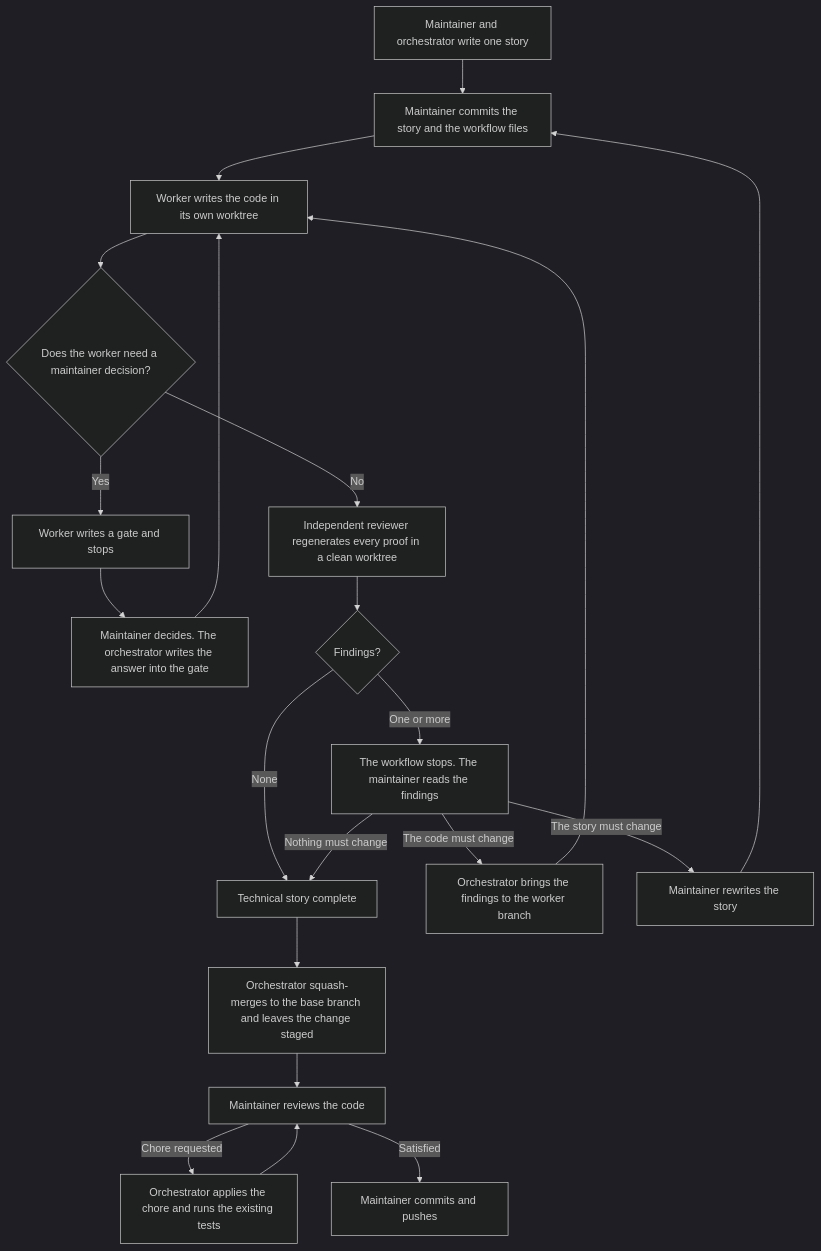
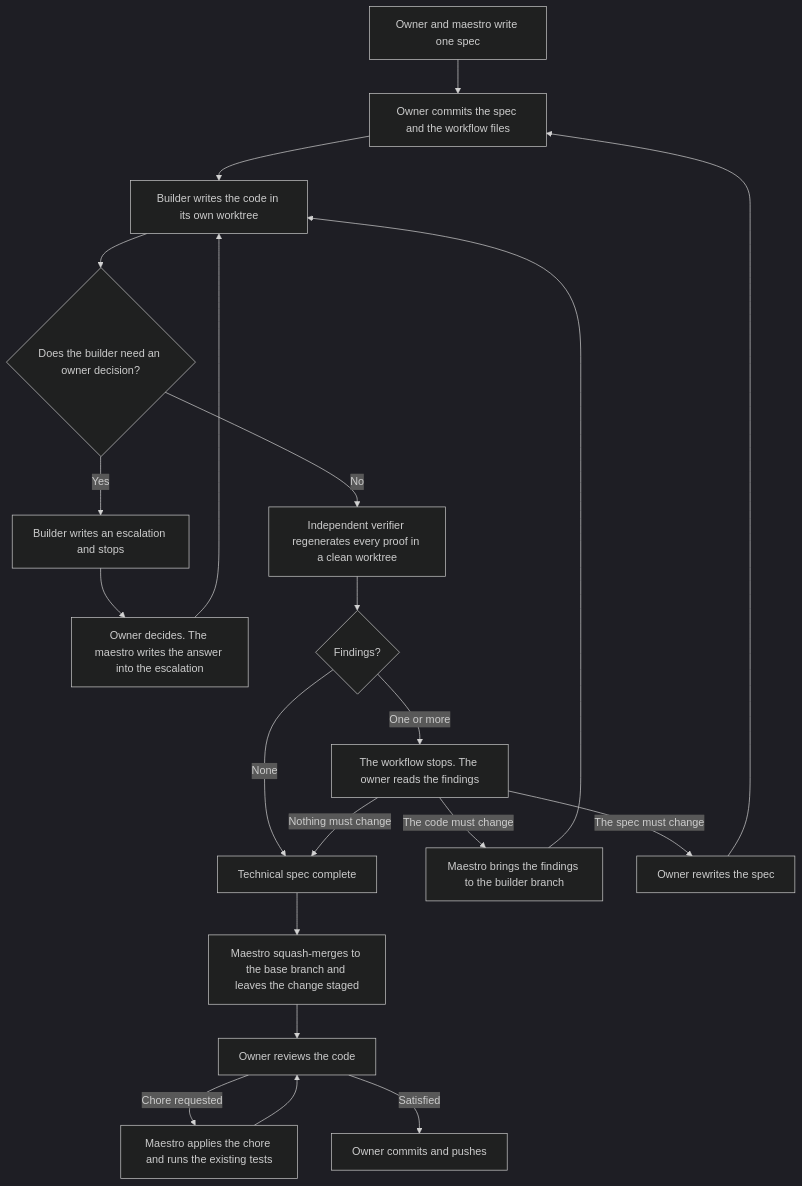
The diagram in CONTRIBUTING.md (emilioSp/my-weather-station), drawn with Mermaid (dark theme) before and after one commit. The commit also changed other lines of this file and 36 other files, not shown here.

````diff
--- a/CONTRIBUTING.md
+++ b/CONTRIBUTING.md
@@ -28,23 +28,23 @@
 ```mermaid
 flowchart TD
-    story[Maintainer and orchestrator write one story] --> base[Maintainer commits the story and the workflow files]
-    base --> work[Worker writes the code in its own worktree]
-    work --> workGate{Does the worker need a maintainer decision?}
-    workGate -->|Yes| workerGate[Worker writes a gate and stops]
-    workerGate --> workAnswer[Maintainer decides. The orchestrator writes the answer into the gate]
-    workAnswer --> work
-    workGate -->|No| review[Independent reviewer regenerates every proof in a clean worktree]
-    review --> findings{Findings?}
-    findings -->|None| candidate[Technical story complete]
-    findings -->|One or more| ball[The workflow stops. The maintainer reads the findings]
+    spec[Owner and maestro write one spec] --> base[Owner commits the spec and the workflow files]
+    base --> build[Builder writes the code in its own worktree]
+    build --> buildDecision{Does the builder need an owner decision?}
+    buildDecision -->|Yes| builderEscalation[Builder writes an escalation and stops]
+    builderEscalation --> buildAnswer[Owner decides. The maestro writes the answer into the escalation]
+    buildAnswer --> build
+    buildDecision -->|No| verify[Independent verifier regenerates every proof in a clean worktree]
+    verify --> findings{Findings?}
+    findings -->|None| candidate[Technical spec complete]
+    findings -->|One or more| ball[The workflow stops. The owner reads the findings]
     ball -->|Nothing must change| candidate
-    ball -->|The code must change| merge[Orchestrator brings the findings to the worker branch]
-    merge --> work
-    ball -->|The story must change| rewrite[Maintainer rewrites the story]
+    ball -->|The code must change| merge[Maestro brings the findings to the builder branch]
+    merge --> build
+    ball -->|The spec must change| rewrite[Owner rewrites the spec]
     rewrite --> base
-    candidate --> staged[Orchestrator squash-merges to the base branch and leaves the change staged]
-    staged --> human[Maintainer reviews the code]
-    human -->|Chore requested| chore[Orchestrator applies the chore and runs the existing tests]
+    candidate --> staged[Maestro squash-merges to the base branch and leaves the change staged]
+    staged --> human[Owner reviews the code]
+    human -->|Chore requested| chore[Maestro applies the chore and runs the existing tests]
     chore --> human
-    human -->|Satisfied| push[Maintainer commits and pushes]
+    human -->|Satisfied| push[Owner commits and pushes]
 ```
````
